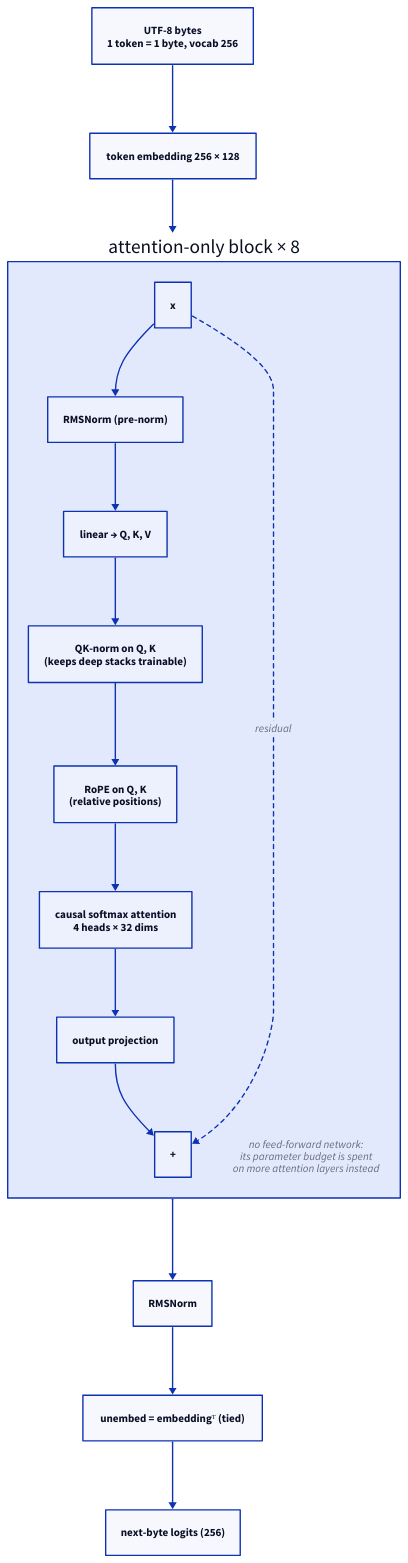
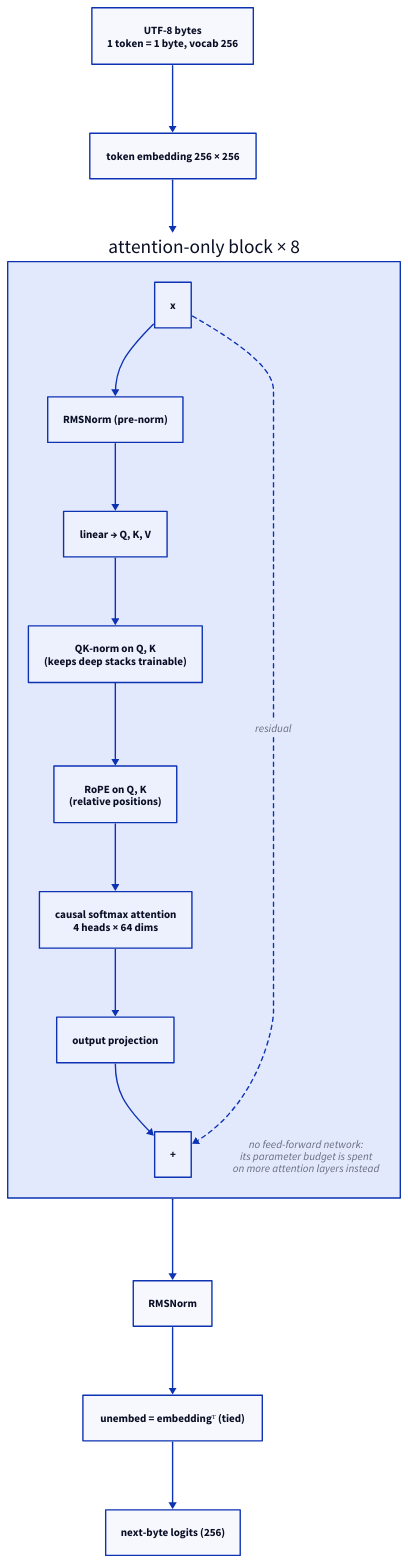
One commit to stroblme/wren changed the diagram in docs/architecture.d2. Above: the diagram before and after it, drawn with D2. The commit also changed 44 other files, not shown here.

```diff
--- a/docs/architecture.d2
+++ b/docs/architecture.d2
@@ -1,30 +1,30 @@
 # Wren architecture — attention-only byte-level decoder
-# render: d2 doc/architecture.d2 doc/architecture.svg
+# render: d2 docs/architecture.d2 docs/architecture.svg
 
 direction: down
 
 bytes: "UTF-8 bytes\n1 token = 1 byte, vocab 256"
-embed: "token embedding 256 × 128"
+embed: "token embedding 256 × 256"
 
 blocks: "attention-only block   × 8" {
   x: "x"
   norm: "RMSNorm (pre-norm)"
   qkv: "linear → Q, K, V"
   qk: "QK-norm on Q, K\n(keeps deep stacks trainable)"
   rope: "RoPE on Q, K\n(relative positions)"
-  attn: "causal softmax attention\n4 heads × 32 dims"
+  attn: "causal softmax attention\n4 heads × 64 dims"
   wo: "output projection"
   add: "+"
   x -> norm -> qkv -> qk -> rope -> attn -> wo -> add
   x -> add: "residual" {style.stroke-dash: 3}
   note: "no feed-forward network:\nits parameter budget is spent\non more attention layers instead" {
     shape: text
     style.italic: true
   }
 }
 
 final: "RMSNorm"
 unembed: "unembed = embeddingᵀ (tied)"
 logits: "next-byte logits (256)"
 
 bytes -> embed -> blocks -> final -> unembed -> logits
```
